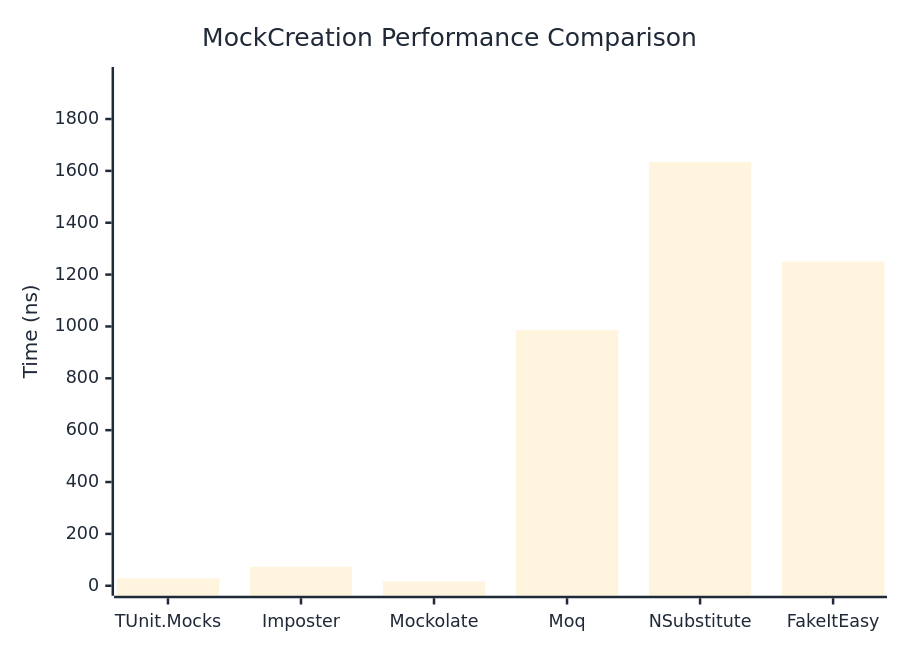
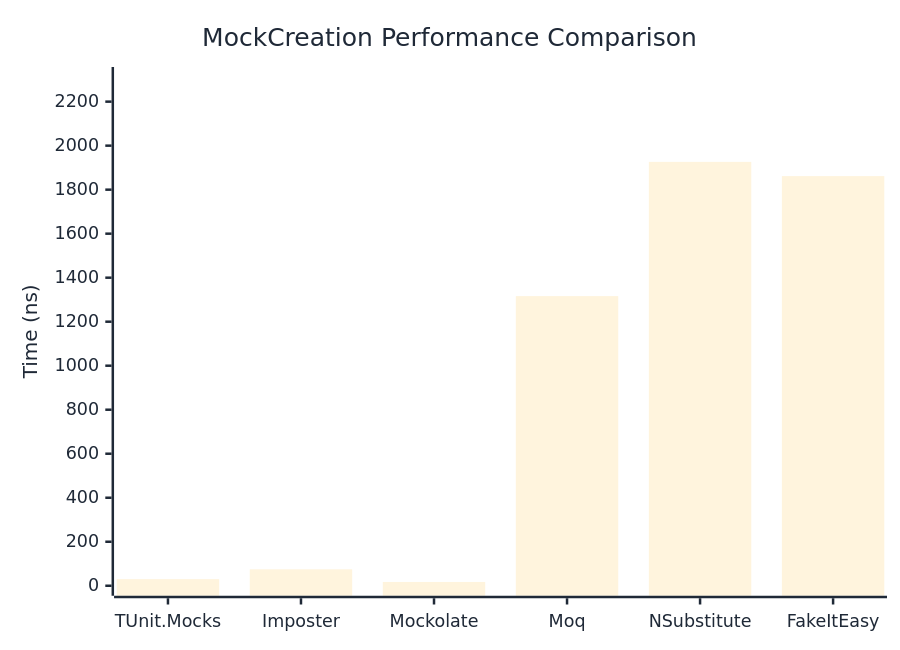
One commit to thomhurst/TUnit changed the first of 2 diagrams in docs/docs/benchmarks/mocks/MockCreation.md. Above: the diagram before and after it, drawn with Mermaid. The commit also changed other lines of this file and 14 other files, not shown here.

````diff
--- a/docs/docs/benchmarks/mocks/MockCreation.md
+++ b/docs/docs/benchmarks/mocks/MockCreation.md
@@ -30,27 +30,27 @@
 ```mermaid
 %%{init: {
   'theme':'base',
   'themeVariables': {
     'primaryColor': '#2563eb',
     'primaryTextColor': '#1f2937',
     'primaryBorderColor': '#1e40af',
     'lineColor': '#6b7280',
     'secondaryColor': '#7c3aed',
     'tertiaryColor': '#dc2626',
     'background': '#ffffff',
     'pie1': '#2563eb',
     'pie2': '#7c3aed',
     'pie3': '#dc2626',
     'pie4': '#f59e0b',
     'pie5': '#10b981',
     'pie6': '#06b6d4',
     'pie7': '#ec4899',
     'pie8': '#6366f1'
   }
 }}%%
 xychart-beta
   title "MockCreation Performance Comparison"
   x-axis ["TUnit.Mocks", "Imposter", "Mockolate", "Moq", "NSubstitute", "FakeItEasy"]
-  y-axis "Time (ns)" 0 --> 1962
-  bar [28.68, 73.38, 16.66, 986.16, 1634.6, 1250.09]
+  y-axis "Time (ns)" 0 --> 2312
+  bar [30.05, 74.77, 17.21, 1316.29, 1926.32, 1861.6]
 ```
````
